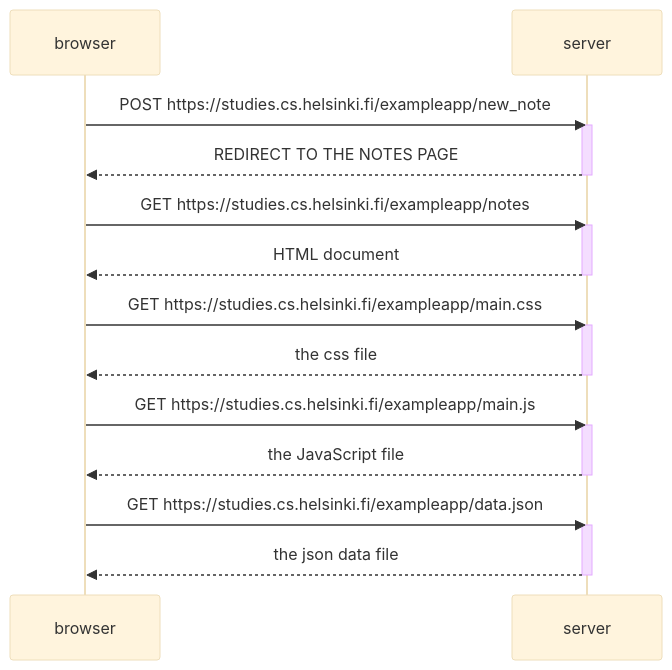
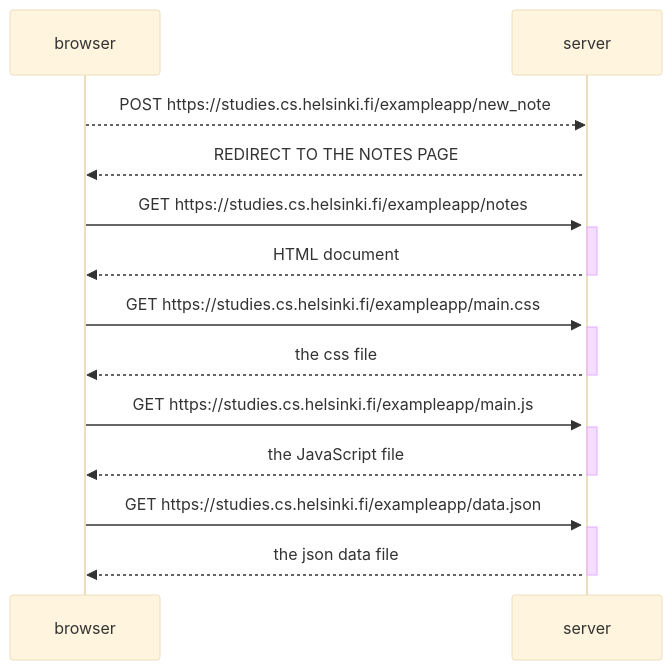
The diagram in part0/newnotediagram.md (zmagar/FullStackSubmissions), drawn with Mermaid (base theme) before and after one commit.

````diff
--- a/part0/newnotediagram.md
+++ b/part0/newnotediagram.md
@@ -1,32 +1,31 @@
 ```mermaid
 sequenceDiagram
 
     participant browser
     participant server
 
-    browser->>server: POST https://studies.cs.helsinki.fi/exampleapp/new_note
+    browser-->>server: POST https://studies.cs.helsinki.fi/exampleapp/new_note
     activate server
     server-->>browser: REDIRECT TO THE NOTES PAGE
-    deactivate server
 
     browser->>server: GET https://studies.cs.helsinki.fi/exampleapp/notes
     activate server
     server-->>browser: HTML document
     deactivate server
 
     browser->>server: GET https://studies.cs.helsinki.fi/exampleapp/main.css
     activate server
     server-->>browser: the css file
     deactivate server
 
     browser->>server: GET https://studies.cs.helsinki.fi/exampleapp/main.js
     activate server
     server-->>browser: the JavaScript file
     deactivate server
 
     browser->>server: GET https://studies.cs.helsinki.fi/exampleapp/data.json
     activate server
     server-->>browser: the json data file
     deactivate server
 
 ```
````
